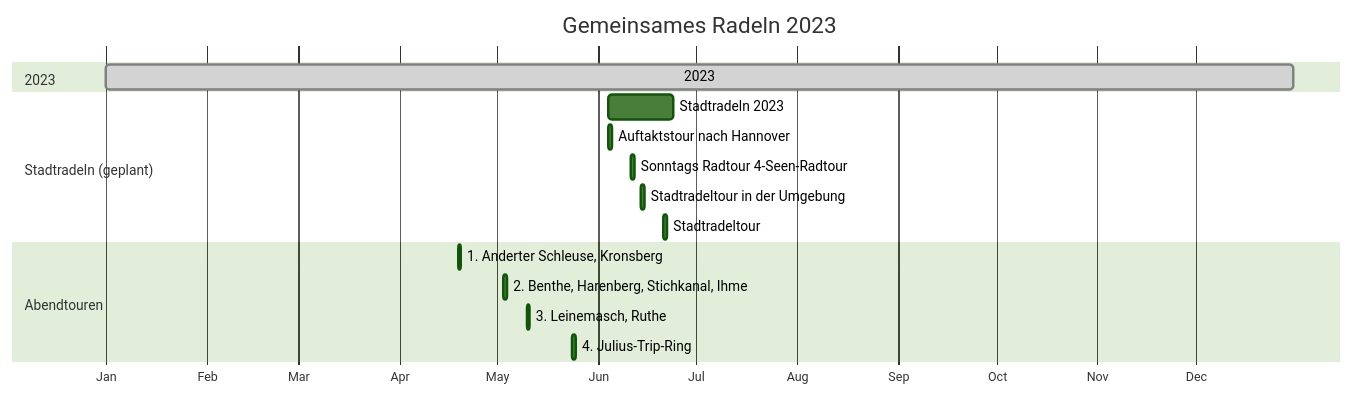
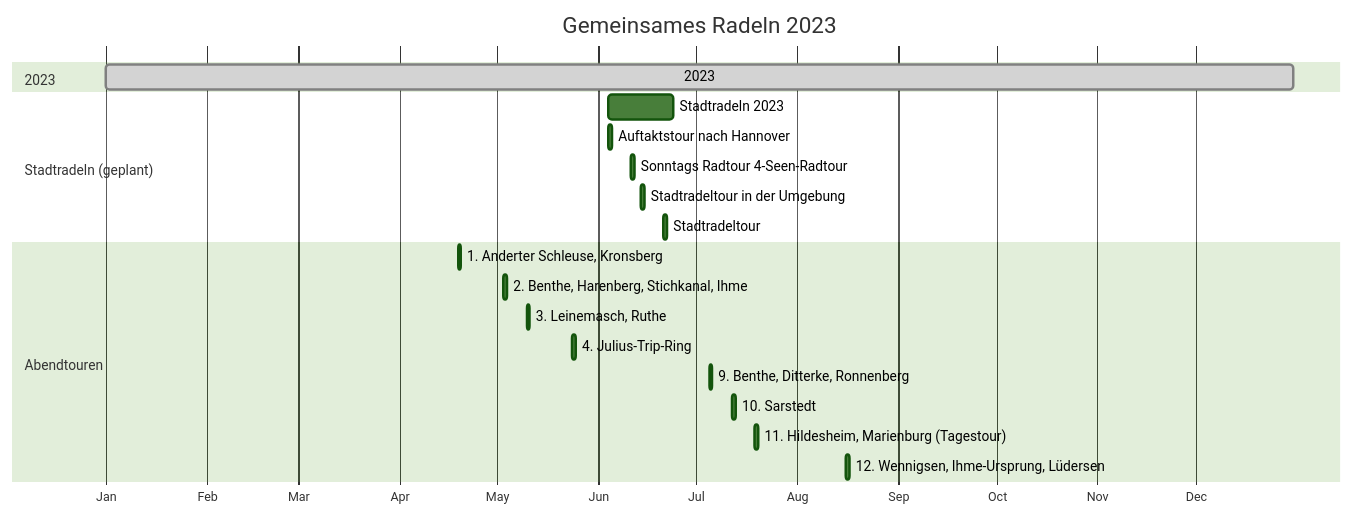
Before and after one commit to adfc-hemmingen-pattensen/pelican-md-soures: the diagram in Touren/Fahrradtouren2023.md, drawn with Mermaid (forest theme).

````diff
--- a/Touren/Fahrradtouren2023.md
+++ b/Touren/Fahrradtouren2023.md
@@ -10,24 +10,28 @@
 ``` mermaid
 gantt
 dateFormat  YYYY-MM-DD
 title Gemeinsames Radeln 2023
 axisFormat  %b
 todayMarker stroke-width:0px
 
 section 2023
 2023: done, 2023-01-01, 2023-12-31
 
 section Stadtradeln (geplant)  
 Stadtradeln 2023:          action, 2023-06-04, 2023-06-24
 Auftaktstour nach Hannover:   2023-06-04, 1d
 Sonntags Radtour 4-Seen-Radtour:   2023-06-11, 1d
 Stadtradeltour in der Umgebung:     2023-06-14, 1d
 Stadtradeltour:     2023-06-21, 1d
 
 section Abendtouren
 1. Anderter Schleuse, Kronsberg:      2023-04-19, 1d
 2. Benthe, Harenberg, Stichkanal, Ihme: 2023-05-03, 1d
 3. Leinemasch, Ruthe: 2023-05-10, 1d
 4. Julius-Trip-Ring: 2023-05-24, 1d
+9. Benthe, Ditterke, Ronnenberg: 2023-07-05, 1d
+10. Sarstedt: 2023-07-12, 1d
+11. Hildesheim, Marienburg (Tagestour): 2023-07-19, 1d
+12. Wennigsen, Ihme-Ursprung, Lüdersen: 2023-08-16, 1d
 
 ```
````
